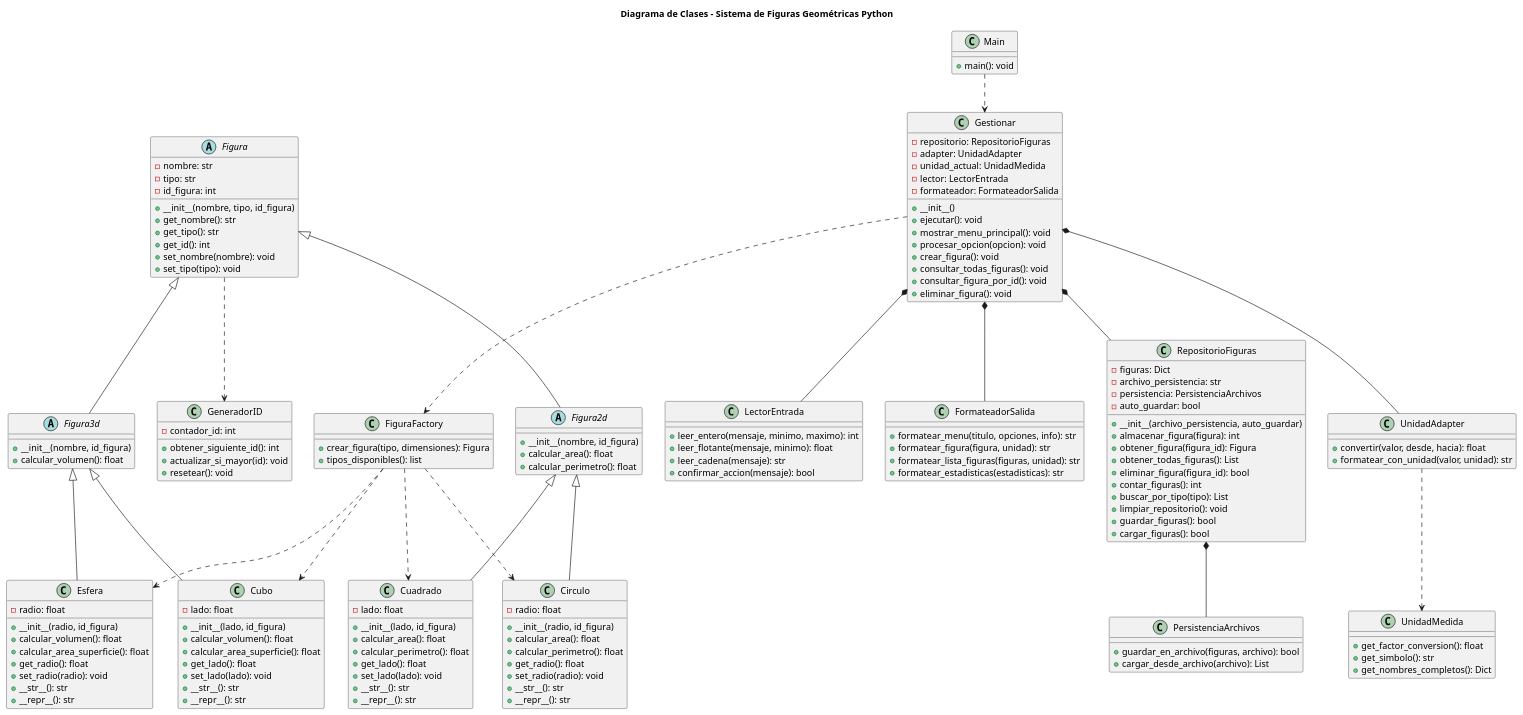
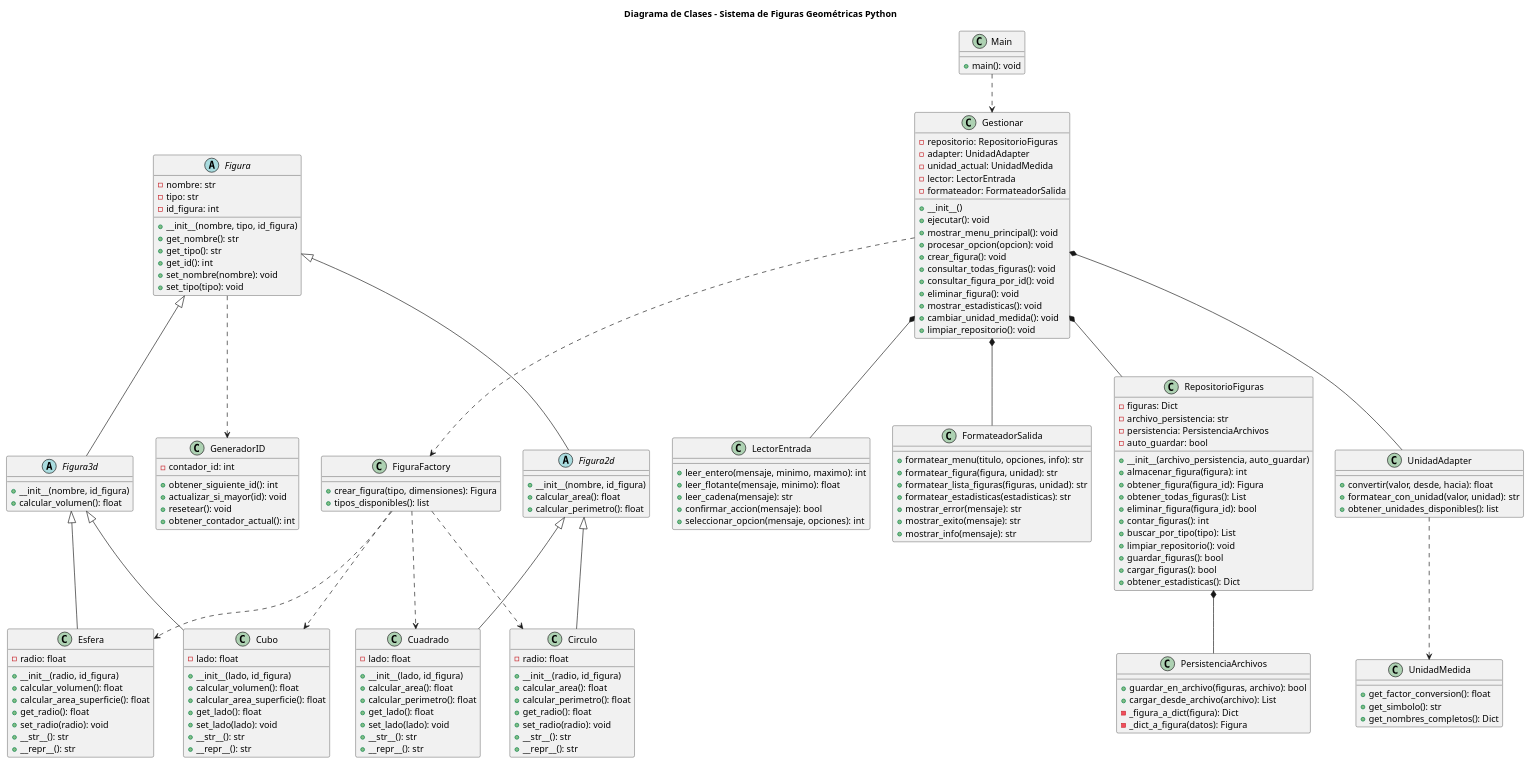
The diagram in diseño/diagrama_clases.puml (jsav2003/TallerCorte2), drawn with PlantUML before and after one commit. The commit also changed 70 other files, not shown here.

Commit message:
Codigo python corregido siguiendo uml

```diff
--- a/diseño/diagrama_clases.puml
+++ b/diseño/diagrama_clases.puml
@@ -1,175 +1,187 @@
 @startuml DiagramaClases
 title Diagrama de Clases - Sistema de Figuras Geométricas Python
 
 abstract class Figura {
   - nombre: str
   - tipo: str
   - id_figura: int
   + __init__(nombre, tipo, id_figura)
   + get_nombre(): str
   + get_tipo(): str
   + get_id(): int
   + set_nombre(nombre): void
   + set_tipo(tipo): void
 }
 
 abstract class Figura2d {
   + __init__(nombre, id_figura)
   + calcular_area(): float
   + calcular_perimetro(): float
 }
 
 abstract class Figura3d {
   + __init__(nombre, id_figura)
   + calcular_volumen(): float
 }
 
 class Circulo {
   - radio: float
   + __init__(radio, id_figura)
   + calcular_area(): float
   + calcular_perimetro(): float
   + get_radio(): float
   + set_radio(radio): void
   + __str__(): str
   + __repr__(): str
 }
 
 class Cuadrado {
   - lado: float
   + __init__(lado, id_figura)
   + calcular_area(): float
   + calcular_perimetro(): float
   + get_lado(): float
   + set_lado(lado): void
   + __str__(): str
   + __repr__(): str
 }
 
 class Cubo {
   - lado: float
   + __init__(lado, id_figura)
   + calcular_volumen(): float
   + calcular_area_superficie(): float
   + get_lado(): float
   + set_lado(lado): void
   + __str__(): str
   + __repr__(): str
 }
 
 class Esfera {
   - radio: float
   + __init__(radio, id_figura)
   + calcular_volumen(): float
   + calcular_area_superficie(): float
   + get_radio(): float
   + set_radio(radio): void
   + __str__(): str
   + __repr__(): str
 }
 
 class FiguraFactory {
   + crear_figura(tipo, dimensiones): Figura
   + tipos_disponibles(): list
 }
 
 class RepositorioFiguras {
   - figuras: Dict
   - archivo_persistencia: str
   - persistencia: PersistenciaArchivos
   - auto_guardar: bool
   + __init__(archivo_persistencia, auto_guardar)
   + almacenar_figura(figura): int
   + obtener_figura(figura_id): Figura
   + obtener_todas_figuras(): List
   + eliminar_figura(figura_id): bool
   + contar_figuras(): int
   + buscar_por_tipo(tipo): List
   + limpiar_repositorio(): void
   + guardar_figuras(): bool
   + cargar_figuras(): bool
+  + obtener_estadisticas(): Dict
 }
 
 class Gestionar {
   - repositorio: RepositorioFiguras
   - adapter: UnidadAdapter
   - unidad_actual: UnidadMedida
   - lector: LectorEntrada
   - formateador: FormateadorSalida
   + __init__()
   + ejecutar(): void
   + mostrar_menu_principal(): void
   + procesar_opcion(opcion): void
   + crear_figura(): void
   + consultar_todas_figuras(): void
   + consultar_figura_por_id(): void
   + eliminar_figura(): void
+  + mostrar_estadisticas(): void
+  + cambiar_unidad_medida(): void
+  + limpiar_repositorio(): void
 }
 
 class GeneradorID {
   - contador_id: int
   + obtener_siguiente_id(): int
   + actualizar_si_mayor(id): void
   + resetear(): void
+  + obtener_contador_actual(): int
 }
 
 class UnidadMedida {
   + get_factor_conversion(): float
   + get_simbolo(): str
   + get_nombres_completos(): Dict
 }
 
 class UnidadAdapter {
   + convertir(valor, desde, hacia): float
   + formatear_con_unidad(valor, unidad): str
+  + obtener_unidades_disponibles(): list
 }
 
 class PersistenciaArchivos {
   + guardar_en_archivo(figuras, archivo): bool
   + cargar_desde_archivo(archivo): List
+  - _figura_a_dict(figura): Dict
+  - _dict_a_figura(datos): Figura
 }
 
 class LectorEntrada {
   + leer_entero(mensaje, minimo, maximo): int
   + leer_flotante(mensaje, minimo): float
   + leer_cadena(mensaje): str
   + confirmar_accion(mensaje): bool
+  + seleccionar_opcion(mensaje, opciones): int
 }
 
 class FormateadorSalida {
   + formatear_menu(titulo, opciones, info): str
   + formatear_figura(figura, unidad): str
   + formatear_lista_figuras(figuras, unidad): str
   + formatear_estadisticas(estadisticas): str
+  + mostrar_error(mensaje): str
+  + mostrar_exito(mensaje): str
+  + mostrar_info(mensaje): str
 }
 
 class Main {
   + main(): void
 }
 
 ' Relaciones de herencia
 Figura <|-- Figura2d
 Figura <|-- Figura3d
 Figura2d <|-- Circulo
 Figura2d <|-- Cuadrado
 Figura3d <|-- Cubo
 Figura3d <|-- Esfera
 
 ' Relaciones de composición
 Gestionar *-- RepositorioFiguras
 Gestionar *-- UnidadAdapter
 Gestionar *-- LectorEntrada
 Gestionar *-- FormateadorSalida
 RepositorioFiguras *-- PersistenciaArchivos
 
 ' Relaciones de dependencia
 Figura ..> GeneradorID
 FiguraFactory ..> Circulo
 FiguraFactory ..> Cuadrado
 FiguraFactory ..> Cubo
 FiguraFactory ..> Esfera
 Gestionar ..> FiguraFactory
 UnidadAdapter ..> UnidadMedida
 Main ..> Gestionar
 
 @enduml
```
